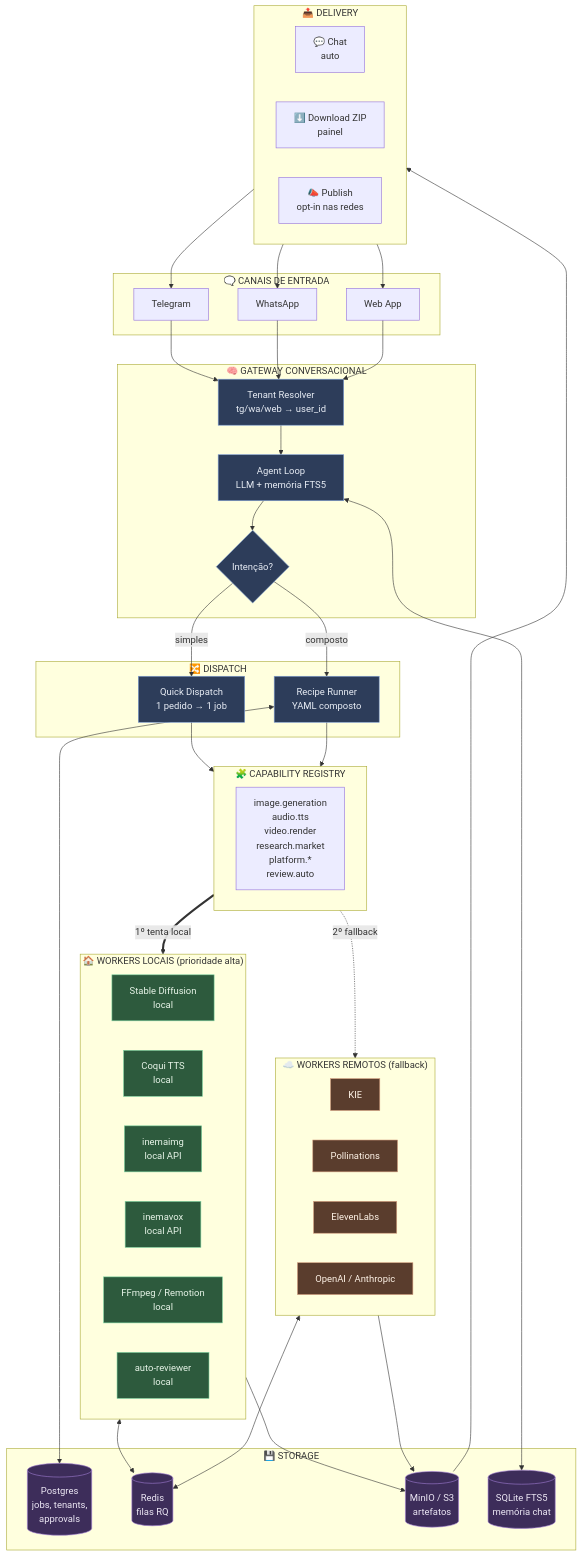
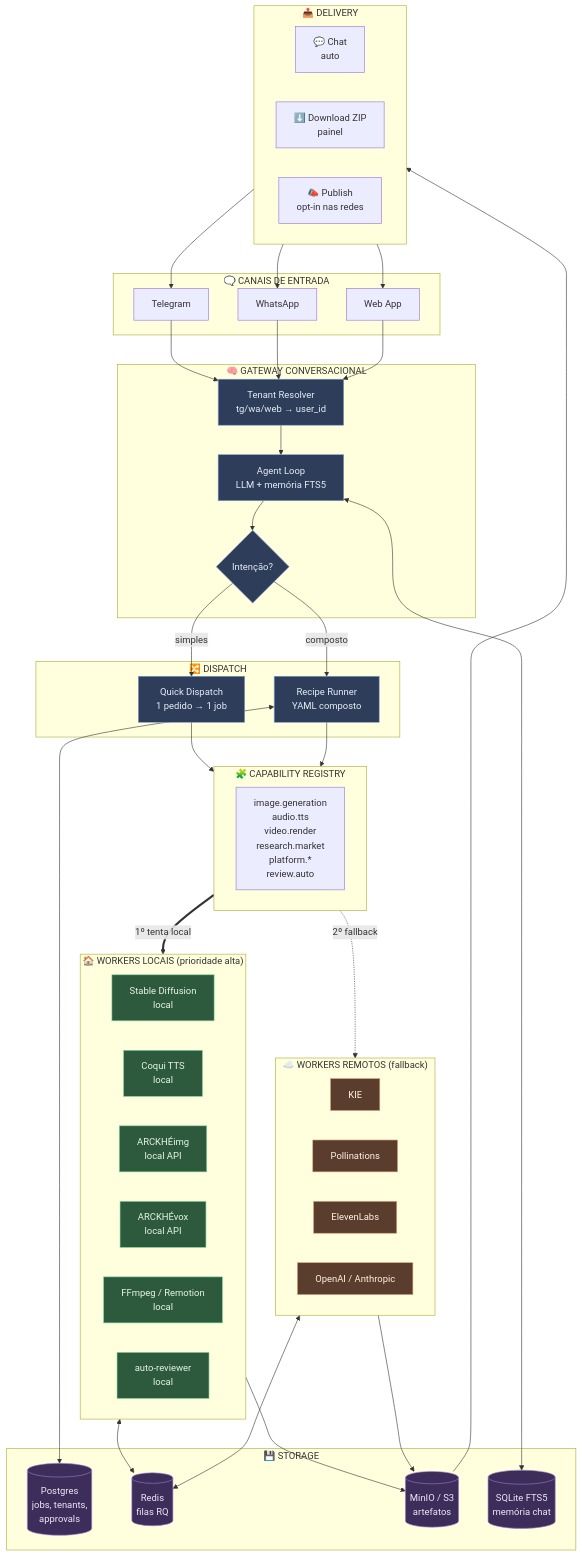
Before and after one commit to linnoff88-dev/arckhe-imkt5: the diagram in doc/diagrams/01-arquitetura.mmd, drawn with Mermaid. The commit also changed 100 other files, not shown here.

```diff
--- a/doc/diagrams/01-arquitetura.mmd
+++ b/doc/diagrams/01-arquitetura.mmd
@@ -1,87 +1,87 @@
 graph TD
     subgraph Canais["🗨️  CANAIS DE ENTRADA"]
         TG[Telegram]
         WA[WhatsApp]
         WEB[Web App]
     end
 
     subgraph GW["🧠  GATEWAY CONVERSACIONAL"]
         Resolve[Tenant Resolver<br/>tg/wa/web → user_id]
         Agent[Agent Loop<br/>LLM + memória FTS5]
         Classifier{Intenção?}
     end
 
     subgraph DISP["🔀  DISPATCH"]
         Quick[Quick Dispatch<br/>1 pedido → 1 job]
         RR[Recipe Runner<br/>YAML composto]
     end
 
     subgraph CAP["🧩  CAPABILITY REGISTRY"]
         Caps["image.generation<br/>audio.tts<br/>video.render<br/>research.market<br/>platform.*<br/>review.auto"]
     end
 
     subgraph LOCAL["🏠  WORKERS LOCAIS   (prioridade alta)"]
         SD[Stable Diffusion<br/>local]
         Coqui[Coqui TTS<br/>local]
-        Inemaimg[inemaimg<br/>local API]
-        Inemavox[inemavox<br/>local API]
+        ARCKHÉimg[ARCKHÉimg<br/>local API]
+        ARCKHÉvox[ARCKHÉvox<br/>local API]
         FFm[FFmpeg / Remotion<br/>local]
         Rev[auto-reviewer<br/>local]
     end
 
     subgraph REMOTE["☁️  WORKERS REMOTOS   (fallback)"]
         KIE[KIE]
         Polli[Pollinations]
         EL[ElevenLabs]
         OAI[OpenAI / Anthropic]
     end
 
     subgraph STORE["💾  STORAGE"]
         PG[(Postgres<br/>jobs, tenants,<br/>approvals)]
         RD[(Redis<br/>filas RQ)]
         S3[(MinIO / S3<br/>artefatos)]
         MEM[(SQLite FTS5<br/>memória chat)]
     end
 
     subgraph DEL["📤  DELIVERY"]
         ChatOut[💬 Chat<br/>auto]
         DL[⬇️ Download ZIP<br/>painel]
         PUB[📣 Publish<br/>opt-in nas redes]
     end
 
     TG --> Resolve
     WA --> Resolve
     WEB --> Resolve
 
     Resolve --> Agent
     Agent <--> MEM
     Agent --> Classifier
     Classifier -->|simples| Quick
     Classifier -->|composto| RR
 
     Quick --> CAP
     RR --> CAP
     RR <--> PG
 
     CAP ==>|1º tenta local| LOCAL
     CAP -.->|2º fallback| REMOTE
 
     LOCAL --> S3
     REMOTE --> S3
     LOCAL <--> RD
     REMOTE <--> RD
 
     S3 --> DEL
     DEL --> TG
     DEL --> WA
     DEL --> WEB
 
     classDef local fill:#2d5a3d,stroke:#7dd3a0,color:#e8f5e9
     classDef remote fill:#5a3d2d,stroke:#d39d7d,color:#fff4e8
     classDef store fill:#3d2d5a,stroke:#a07dd3,color:#ede8f5
     classDef gw fill:#2d3d5a,stroke:#7d9dd3,color:#e8edf5
 
-    class SD,Coqui,Inemaimg,Inemavox,FFm,Rev local
+    class SD,Coqui,ARCKHÉimg,ARCKHÉvox,FFm,Rev local
     class KIE,Polli,EL,OAI remote
     class PG,RD,S3,MEM store
     class Resolve,Agent,Classifier,Quick,RR gw
```
